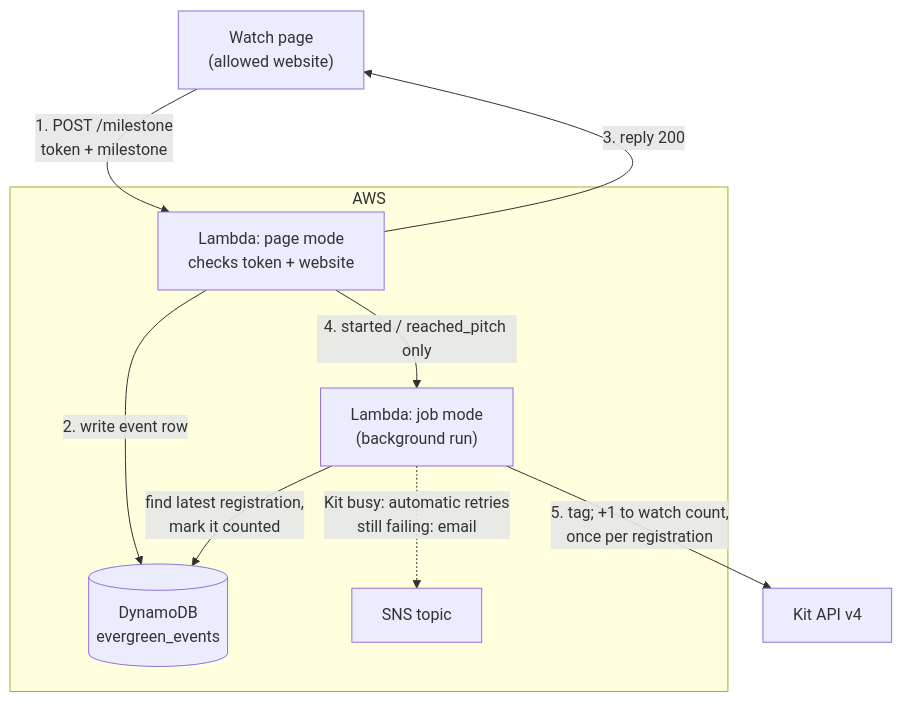
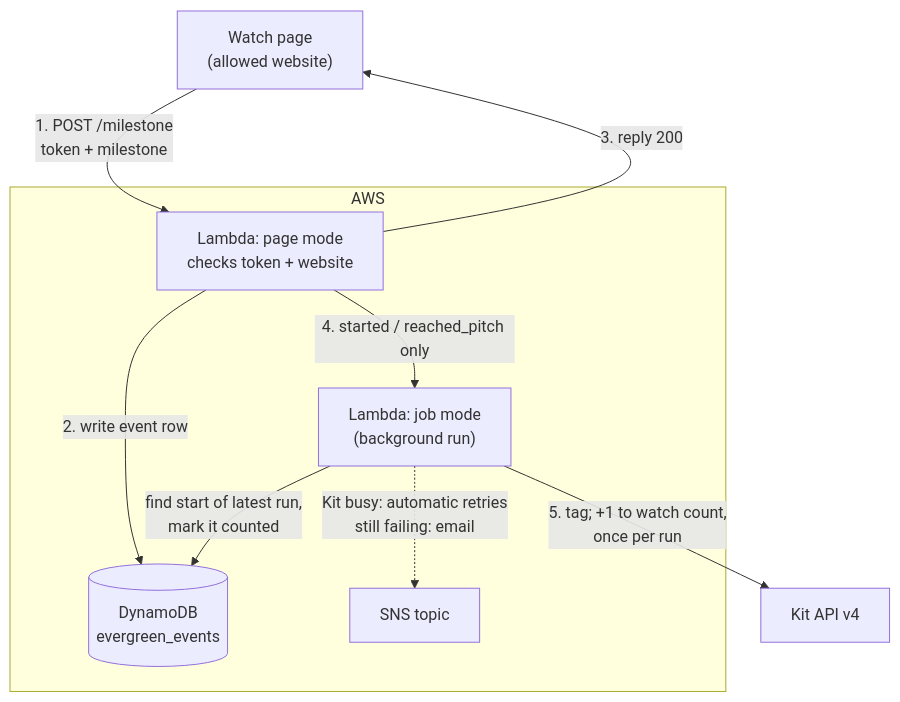
Before and after one commit to fire-crest/zki-lambda: the diagram in evergreen-sms-webinar-watch-python/README.md, drawn with Mermaid. The commit also changed other lines of this file and 6 other files, not shown here.

Commit message:
Count registrations and watches once per watch-and-purchase run

````diff
--- a/evergreen-sms-webinar-watch-python/README.md
+++ b/evergreen-sms-webinar-watch-python/README.md
@@ -11,16 +11,16 @@
 ```mermaid
 flowchart TD
     Page["Watch page<br/>(allowed website)"] -->|"1. POST /milestone<br/>token + milestone"| Fn
     subgraph AWS
         Fn["Lambda: page mode<br/>checks token + website"]
         Job["Lambda: job mode<br/>(background run)"]
         DB[("DynamoDB<br/>evergreen_events")]
         SNS["SNS topic"]
     end
     Fn -->|"2. write event row"| DB
     Fn -->|"3. reply 200"| Page
     Fn -->|"4. started / reached_pitch only"| Job
-    Job -->|"5. tag; +1 to watch count,<br/>once per registration"| Kit["Kit API v4"]
-    Job -->|"find latest registration,<br/>mark it counted"| DB
+    Job -->|"5. tag; +1 to watch count,<br/>once per run"| Kit["Kit API v4"]
+    Job -->|"find start of latest run,<br/>mark it counted"| DB
     Job -. "Kit busy: automatic retries<br/>still failing: email" .-> SNS
 ```
````
